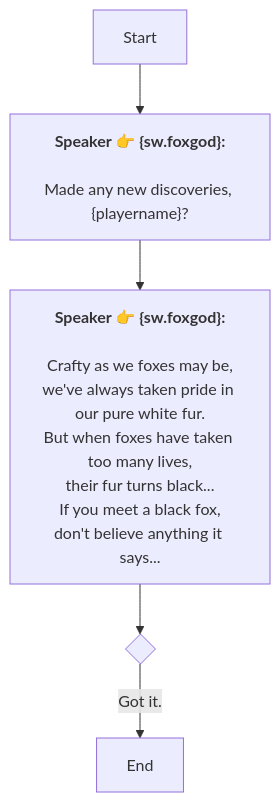
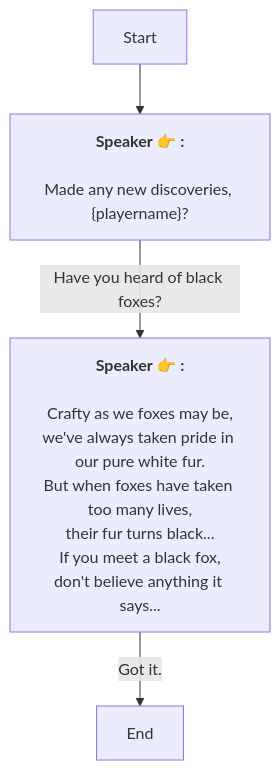
Before and after one commit to SoftHu/tos_avg: the diagram in En/QuestTalkObjectiveNode_1761996296966827.md, drawn with Mermaid. The commit also changed 737 other files, not shown here.

````diff
--- a/En/QuestTalkObjectiveNode_1761996296966827.md
+++ b/En/QuestTalkObjectiveNode_1761996296966827.md
@@ -1,17 +1,12 @@
 ```mermaid
 graph
-Start -->1761996905918126[<b>Speaker 👉 &lbrace;sw.foxgod&rbrace;:</b>
+Start -->1761996905918126[<b>Speaker 👉 :</b>
+\nMade any new discoveries, &lbrace;playername&rbrace;?]
+1761996905918126 -->|Have you heard of black foxes?|1761996951600820[<b>Speaker 👉 :</b>
+\nCrafty as we foxes may be,
+we've always taken pride in our pure white fur.\nBut when foxes have taken too many lives,
+their fur turns black...\nIf you meet a black fox,
+don't believe anything it says...]
+1761996951600820 -->|Got it.|1761997069046461[End]
 
-Made any new discoveries, &lbrace;playername&rbrace;?]
-1761996905918126 -->1761996951600820[<b>Speaker 👉 &lbrace;sw.foxgod&rbrace;:</b>
-
-Crafty as we foxes may be,
-we've always taken pride in our pure white fur.
-But when foxes have taken too many lives,
-their fur turns black...
-If you meet a black fox,
-don't believe anything it says...]
-1761996951600820 -->1766955653325709{ }
-1766955653325709 -->|Got it.|1761997069046461[End]
-
- ```
+```
````
